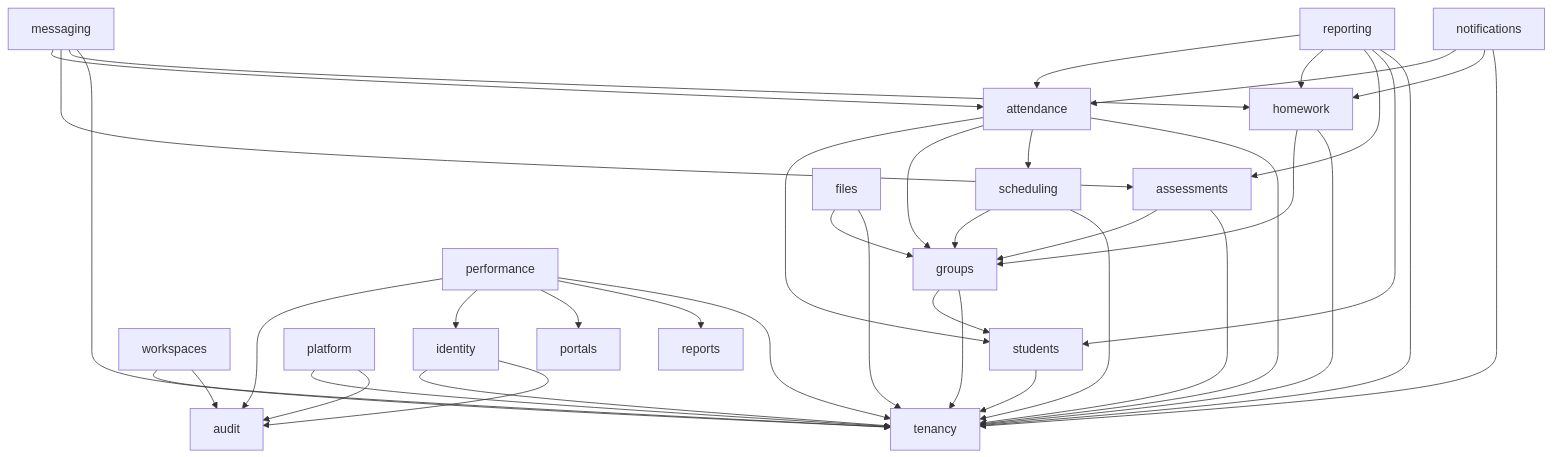
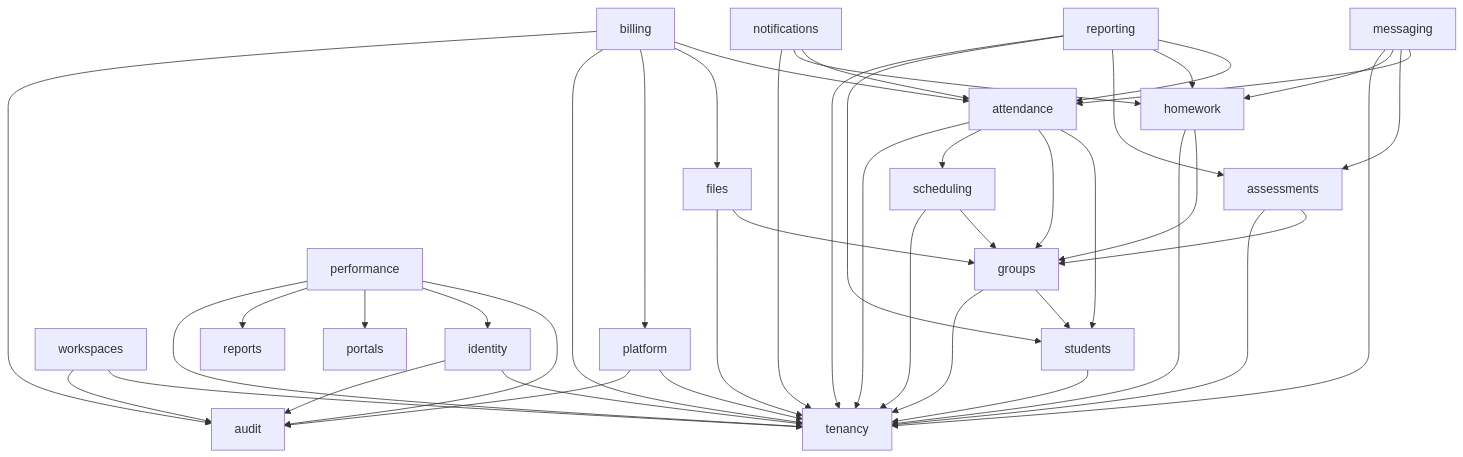
The second of 5 diagrams in docs/ARCHITECTURE.md (CipherShade/Kashkol), drawn with Mermaid before and after one commit. The commit also changed other lines of this file and 110 other files, not shown here.

````diff
--- a/docs/ARCHITECTURE.md
+++ b/docs/ARCHITECTURE.md
@@ -323,59 +342,65 @@
 ```mermaid
 flowchart TD
     tenancy["tenancy"]
     audit["audit"]
     identity["identity"]
     workspaces["workspaces"]
     students["students"]
     groups["groups"]
     scheduling["scheduling"]
     attendance["attendance"]
     homework["homework"]
     assessments["assessments"]
     messaging["messaging"]
     files["files"]
     reporting["reporting"]
     notifications["notifications"]
     platform["platform"]
+    billing["billing"]
     portals["portals"]
     performance["performance"]
 
     identity --> tenancy
     identity --> audit
     workspaces --> tenancy
     workspaces --> audit
     students --> tenancy
     groups --> students
     groups --> tenancy
     scheduling --> groups
     scheduling --> tenancy
     attendance --> students
     attendance --> groups
     attendance --> scheduling
     attendance --> tenancy
     homework --> groups
     homework --> tenancy
     assessments --> groups
     assessments --> tenancy
     messaging --> attendance
     messaging --> assessments
     messaging --> homework
     messaging --> tenancy
     files --> groups
     files --> tenancy
     reporting --> attendance
     reporting --> homework
     reporting --> assessments
     reporting --> students
     reporting --> tenancy
     notifications --> attendance
     notifications --> homework
     notifications --> tenancy
     platform --> tenancy
     platform --> audit
+    billing --> attendance
+    billing --> files
+    billing --> platform
+    billing --> tenancy
+    billing --> audit
     performance --> audit
     performance --> identity
     performance --> portals
     performance --> reports
     performance --> tenancy
 ```
````
